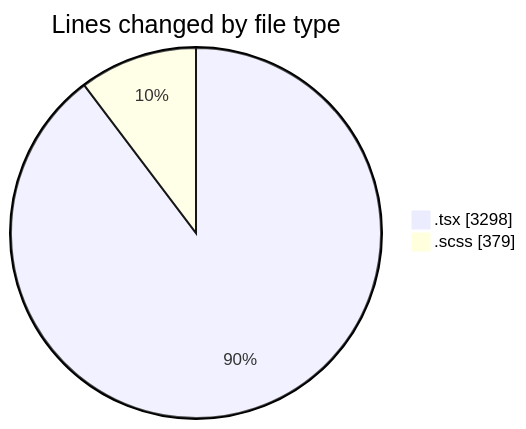
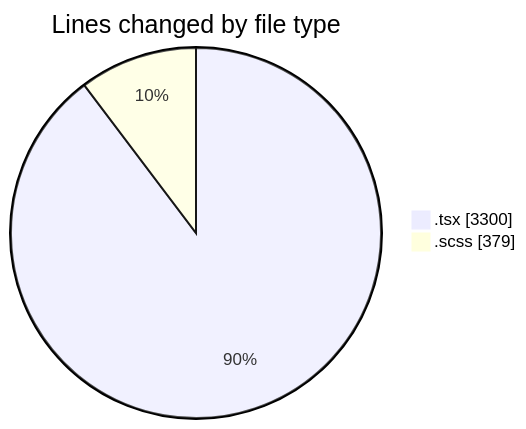
The first of 2 diagrams in 2025-09-30/cda/README.md (momahboobian/code-tracking), drawn with Mermaid before and after one commit. The commit also changed other lines of this file and 1 other file, not shown here.

````diff
--- a/2025-09-30/cda/README.md
+++ b/2025-09-30/cda/README.md
@@ -24,6 +24,6 @@
 ```mermaid
 pie showData
 title Lines changed by file type
-".tsx" : 3298
+".tsx" : 3300
 ".scss" : 379
 ```
````
